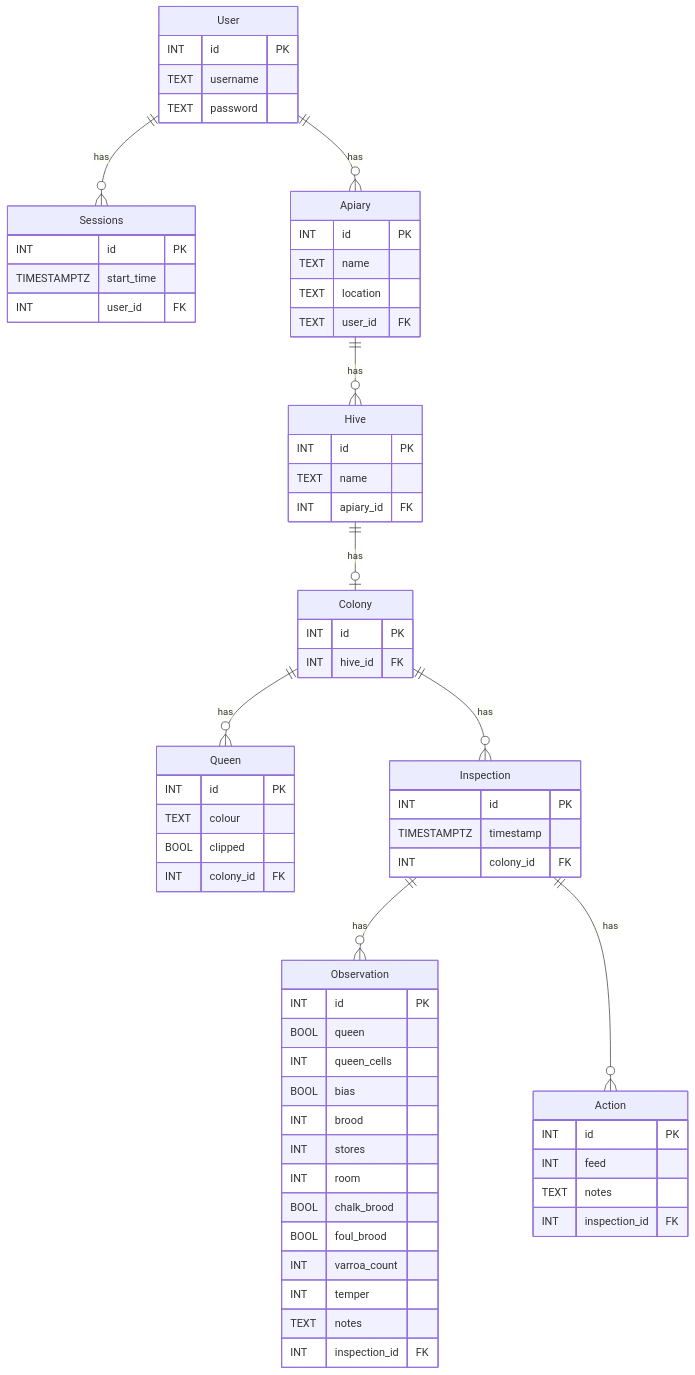
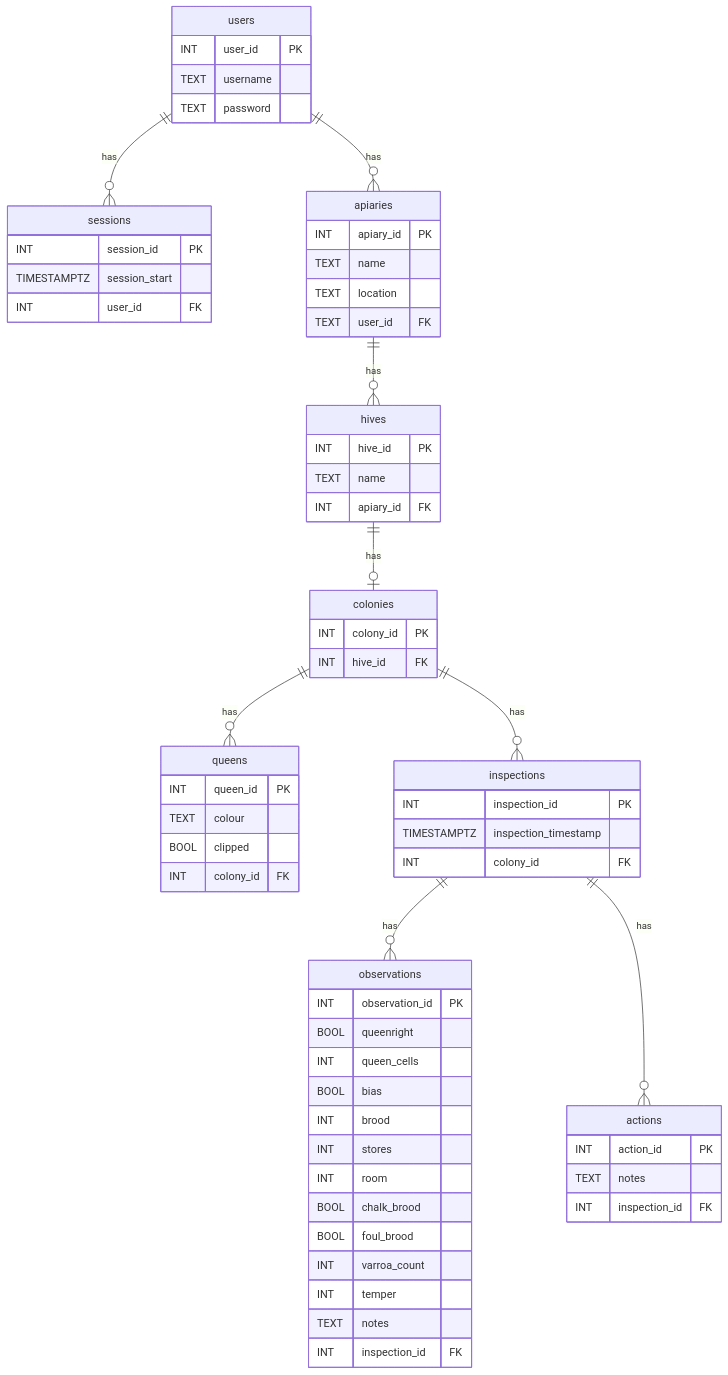
One commit to jkwlsn/apis-api changed the diagram in docs/db/database_schema_v1.mmd. Above: the diagram before and after it, drawn with Mermaid.

Commit message:
Updates mermaid diagram to match new schema

```diff
--- a/docs/db/database_schema_v1.mmd
+++ b/docs/db/database_schema_v1.mmd
@@ -1,66 +1,65 @@
 erDiagram
-    User {
-        INT id PK
+    users {
+        INT user_id PK
         TEXT username
         TEXT password
     }
-    User ||--o{ Sessions : has
-    Sessions {
-        INT id PK
-        TIMESTAMPTZ start_time
+    users ||--o{ sessions : has
+    sessions {
+        INT session_id PK
+        TIMESTAMPTZ session_start
         INT user_id FK
     }
-    User ||--o{ Apiary : has
-    Apiary {
-        INT id PK
+    users ||--o{ apiaries : has
+    apiaries {
+        INT apiary_id PK
         TEXT name
         TEXT location
         TEXT user_id FK
     }
-    Apiary ||--o{ Hive : has
-    Hive {
-        INT id PK
+    apiaries ||--o{ hives : has
+    hives {
+        INT hive_id PK
         TEXT name
         INT apiary_id FK
     }
-    Hive ||--o| Colony : has
-    Colony {
-        INT id PK
+    hives ||--o| colonies : has
+    colonies {
+        INT colony_id PK
         INT hive_id FK
     }
-    Colony ||--o{ Queen : has
-    Queen {
-        INT id PK
+    colonies ||--o{ queens : has
+    queens {
+        INT queen_id PK
         TEXT colour
         BOOL clipped
         INT colony_id FK
     }
-    Colony ||--o{ Inspection : has
-    Inspection {
-        INT id PK
-        TIMESTAMPTZ timestamp
+    colonies ||--o{ inspections : has
+    inspections {
+        INT inspection_id PK
+        TIMESTAMPTZ inspection_timestamp
         INT colony_id FK
     }
-    Inspection ||--o{ Observation : has
-    Observation {
-        INT id PK
-        BOOL queen
+    inspections ||--o{ observations : has
+    observations {
+        INT observation_id PK
+        BOOL queenright
         INT queen_cells
         BOOL bias
         INT brood
         INT stores
         INT room
         BOOL chalk_brood
         BOOL foul_brood
         INT varroa_count
         INT temper
         TEXT notes
         INT inspection_id FK
     }
-    Inspection ||--o{ Action : has
-    Action {
-        INT id PK
-        INT feed
+    inspections ||--o{ actions : has
+    actions {
+        INT action_id PK
         TEXT notes
         INT inspection_id FK
     }
```
